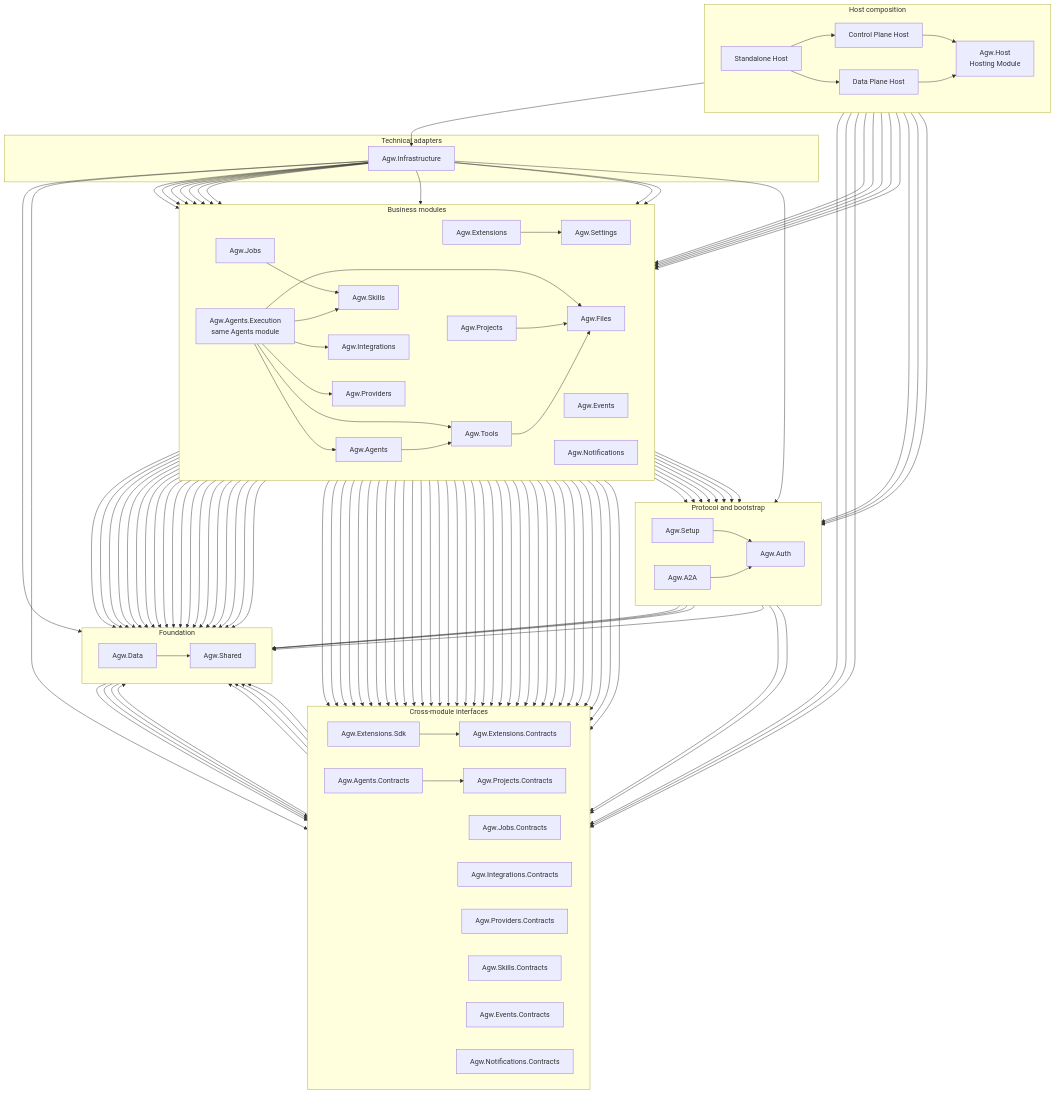
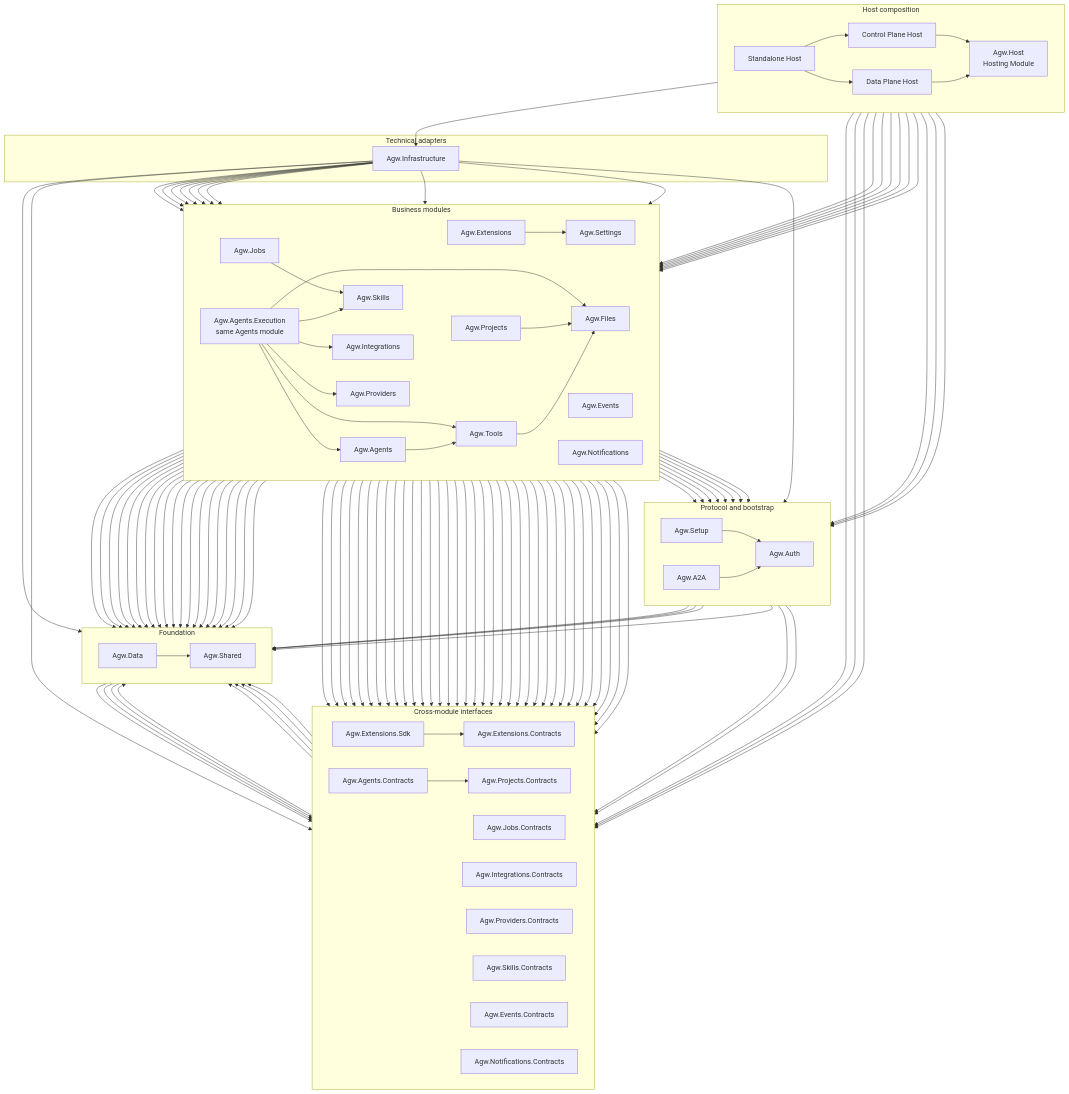
The diagram in docs/2.Architecture.md (zxyao145/agw), drawn with Mermaid before and after one commit. The commit also changed other lines of this file and 247 other files, not shown here.

```diff
--- a/docs/2.Architecture.md
+++ b/docs/2.Architecture.md
@@ -130,6 +130,7 @@
     HOST --> EXECUTION
     HOST --> AGENT_CONTRACTS
     HOST --> PROJECT_CONTRACTS
+    HOST --> JOBS
     HOST --> JOB_CONTRACTS
     HOST --> AUTH
     HOST --> INFRA
@@ -153,7 +154,6 @@
     INFRA --> PROVIDERS
     INFRA --> PROJECTS
     INFRA --> SKILLS
-    INFRA --> JOBS
     INFRA --> DATA
     INFRA --> TOOLS
     INFRA --> EXTENSIONS
@@ -191,6 +191,7 @@
     SKILLS --> SHARED
     SKILLS --> DATA
     JOBS --> AGENT_CONTRACTS
+    JOBS --> EVENT_CONTRACTS
     JOBS --> PROJECT_CONTRACTS
     JOBS --> JOB_CONTRACTS
     JOBS --> AUTH
```
